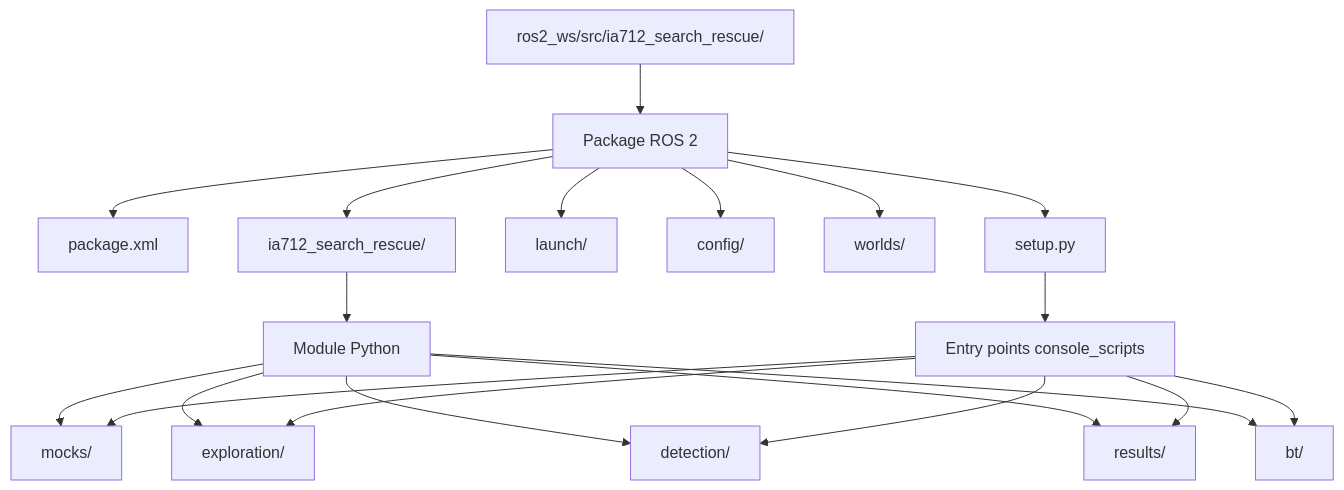
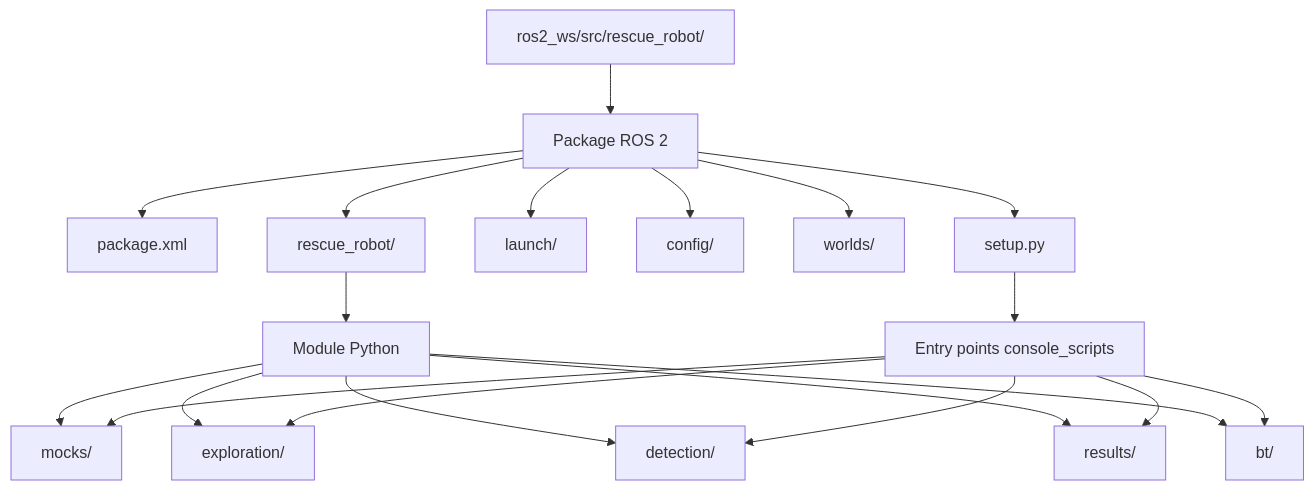
Before and after one commit to YiZeems/autonomous-search-and-rescue: the second of 16 diagrams in docs/architecture_diagrams.md, drawn with Mermaid. The commit also changed other lines of this file and 16 other files, not shown here.

First line of the commit message:
docs: sync package names to rescue_robot/rescue_bringup, document TB4 pipeline + new errors

````diff
--- a/docs/architecture_diagrams.md
+++ b/docs/architecture_diagrams.md
@@ -60,24 +60,24 @@
 ```mermaid
 flowchart TD
-    A["ros2_ws/src/ia712_search_rescue/"] --> B["Package ROS 2"]
+    A["ros2_ws/src/rescue_robot/"] --> B["Package ROS 2"]
     B --> C["package.xml"]
     B --> D["setup.py"]
     B --> E["launch/"]
     B --> F["config/"]
     B --> G["worlds/"]
-    B --> H["ia712_search_rescue/"]
+    B --> H["rescue_robot/"]
 
     H --> I["Module Python"]
     I --> J["mocks/"]
     I --> K["exploration/"]
     I --> L["detection/"]
     I --> M["results/"]
     I --> N["bt/"]
 
     D --> O["Entry points console_scripts"]
     O --> J
     O --> K
     O --> L
     O --> M
     O --> N
 ```
````
